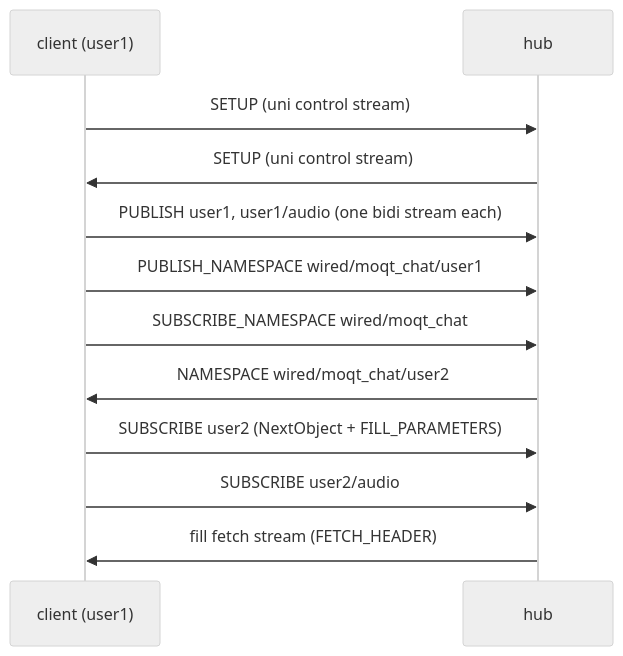
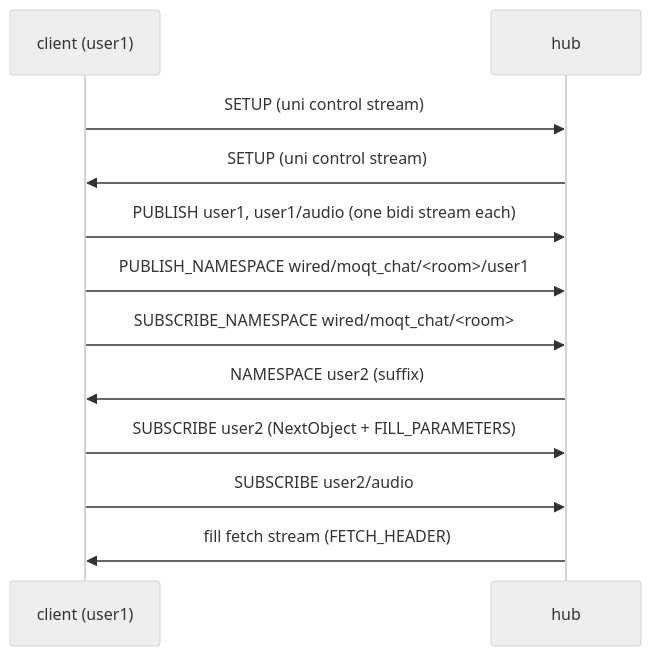
The diagram in examples/moqt_chat/wire.md (Hakkadaikon/wired), drawn with Mermaid (neutral theme) before and after one commit. The commit also changed other lines of this file and 4 other files, not shown here.

Commit message:
docs(moqt_chat): room links, per-room namespaces and the interim capacity

````diff
--- a/examples/moqt_chat/wire.md
+++ b/examples/moqt_chat/wire.md
@@ -28,14 +28,14 @@
 ```mermaid
 sequenceDiagram
     participant C as client (user1)
     participant H as hub
     C->>H: SETUP (uni control stream)
     H->>C: SETUP (uni control stream)
     C->>H: PUBLISH user1, user1/audio (one bidi stream each)
-    C->>H: PUBLISH_NAMESPACE wired/moqt_chat/user1
-    C->>H: SUBSCRIBE_NAMESPACE wired/moqt_chat
-    H->>C: NAMESPACE wired/moqt_chat/user2
+    C->>H: PUBLISH_NAMESPACE wired/moqt_chat/<room>/user1
+    C->>H: SUBSCRIBE_NAMESPACE wired/moqt_chat/<room>
+    H->>C: NAMESPACE user2 (suffix)
     C->>H: SUBSCRIBE user2 (NextObject + FILL_PARAMETERS)
     C->>H: SUBSCRIBE user2/audio
     H->>C: fill fetch stream (FETCH_HEADER)
 ```
````
